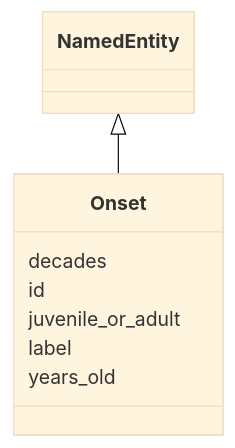
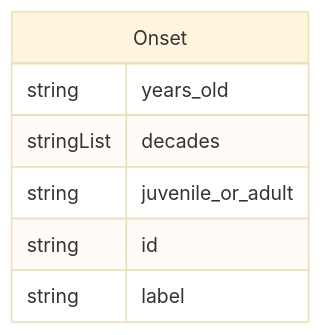
One commit to monarch-initiative/ontogpt changed the diagram in docs/mendelian_disease/Onset.md. Above: the diagram before and after it, drawn with Mermaid (base theme). The commit also changed 187 other files, not shown here.

````diff
--- a/docs/mendelian_disease/Onset.md
+++ b/docs/mendelian_disease/Onset.md
@@ -8,12 +8,13 @@
 ```mermaid
- classDiagram
-    class Onset
-      NamedEntity <|-- Onset
-      
-      Onset : decades
-      Onset : id
-      Onset : juvenile_or_adult
-      Onset : label
-      Onset : years_old
-      
+erDiagram
+Onset {
+    string years_old  
+    stringList decades  
+    string juvenile_or_adult  
+    string id  
+    string label  
+}
+
+
+
 ```
````
